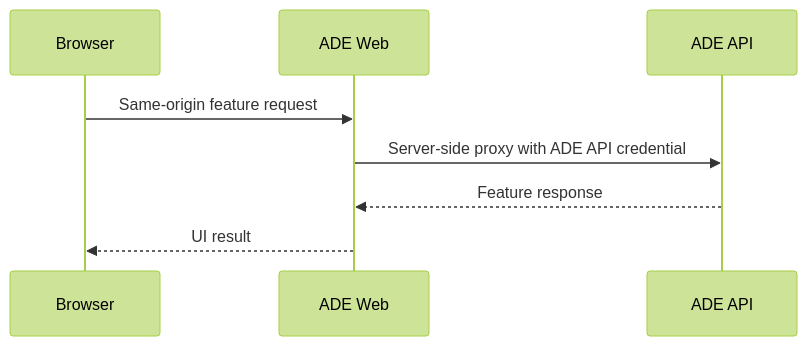
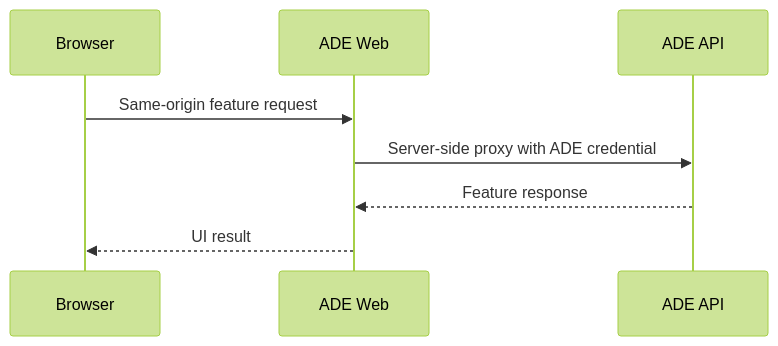
The first of 3 diagrams in docs/architecture/request-flows.md (Wenjun-Mao/Letta-Open-ADE), drawn with Mermaid (forest theme) before and after one commit. The commit also changed other lines of this file and 468 other files, not shown here.

````diff
--- a/docs/architecture/request-flows.md
+++ b/docs/architecture/request-flows.md
@@ -10,10 +5,10 @@
 ```mermaid
 sequenceDiagram
     participant B as Browser
     participant W as ADE Web
     participant A as ADE API
     B->>W: Same-origin feature request
-    W->>A: Server-side proxy with ADE API credential
+    W->>A: Server-side proxy with ADE credential
     A-->>W: Feature response
     W-->>B: UI result
 ```
````
